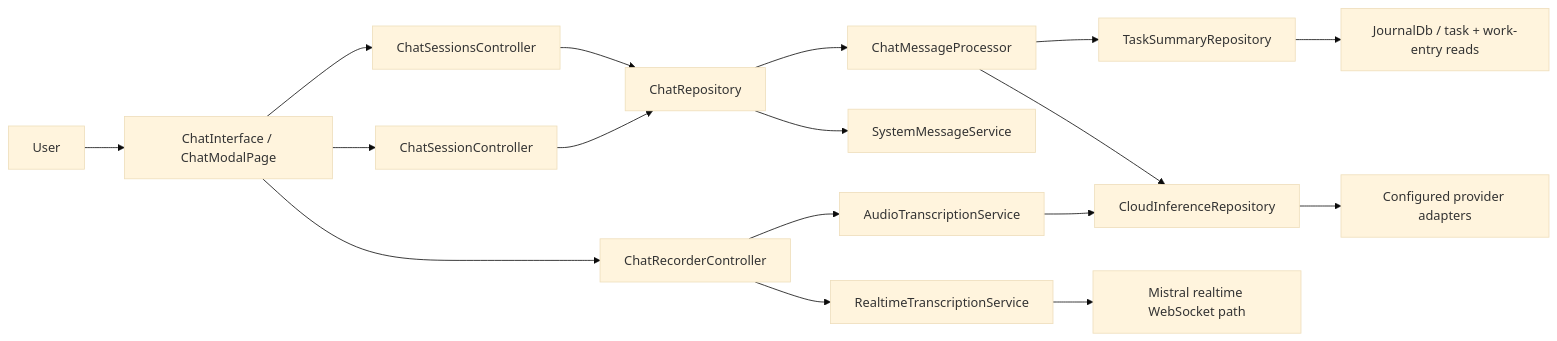
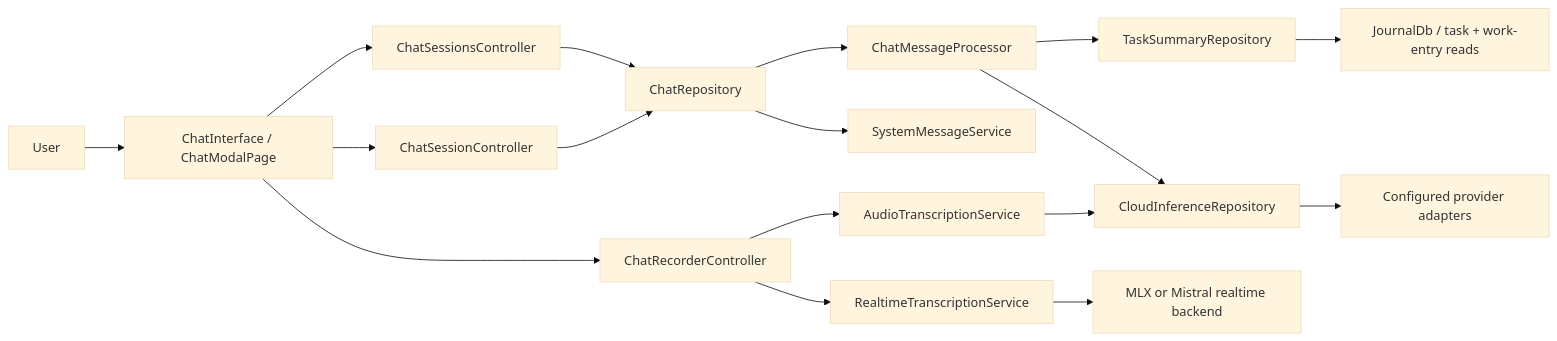
Before and after one commit to matthiasn/lotti: the first of 6 diagrams in lib/features/ai_chat/README.md, drawn with Mermaid (base theme). The commit also changed other lines of this file and 43 other files, not shown here.

````diff
--- a/lib/features/ai_chat/README.md
+++ b/lib/features/ai_chat/README.md
@@ -83,22 +85,22 @@
 ```mermaid
 flowchart LR
   User["User"] --> UI["ChatInterface / ChatModalPage"]
   UI --> Sessions["ChatSessionsController"]
   UI --> Session["ChatSessionController"]
   UI --> Recorder["ChatRecorderController"]
 
   Sessions --> Repo["ChatRepository"]
   Session --> Repo
   Recorder --> BatchTx["AudioTranscriptionService"]
   Recorder --> RtTx["RealtimeTranscriptionService"]
 
   Repo --> Processor["ChatMessageProcessor"]
   Repo --> System["SystemMessageService"]
   Processor --> ToolRepo["TaskSummaryRepository"]
   Processor --> Cloud["CloudInferenceRepository"]
   BatchTx --> Cloud
-  RtTx --> RtProvider["Mistral realtime WebSocket path"]
+  RtTx --> RtProvider["MLX or Mistral realtime backend"]
 
   ToolRepo --> Journal["JournalDb / task + work-entry reads"]
   Cloud --> Providers["Configured provider adapters"]
 ```
````
